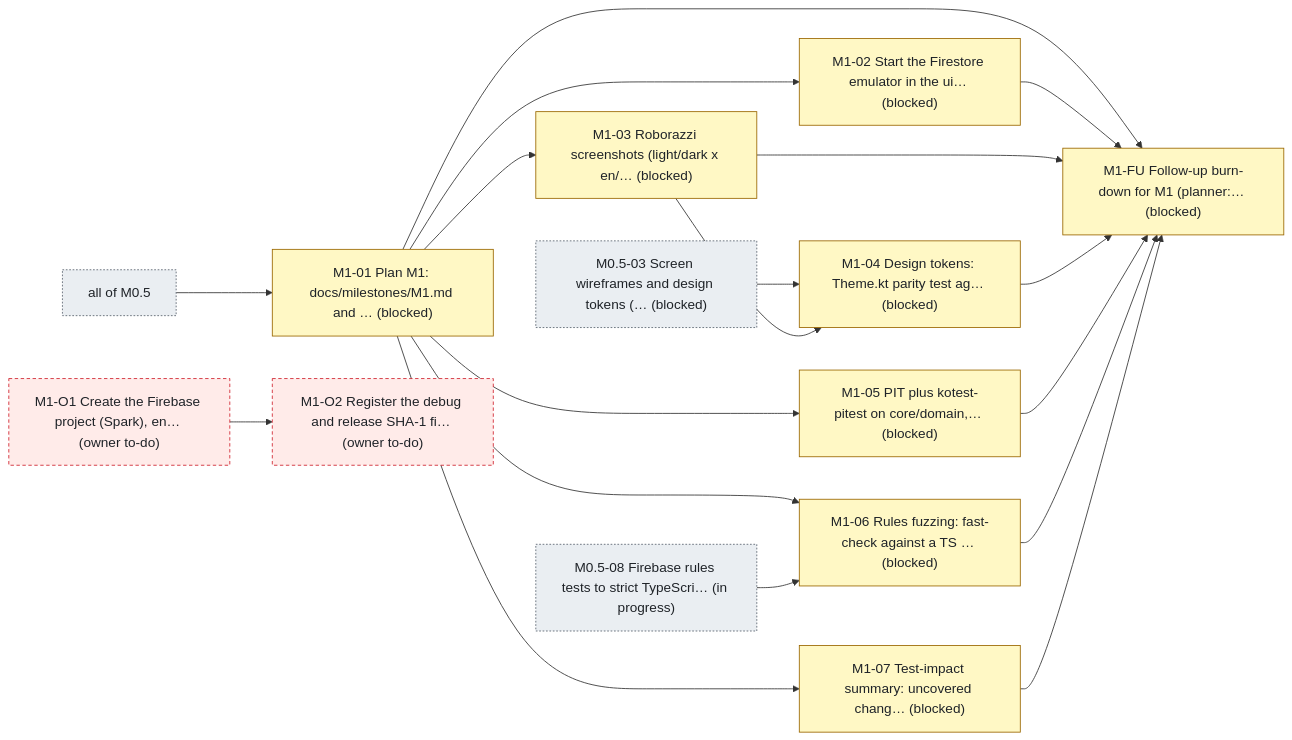
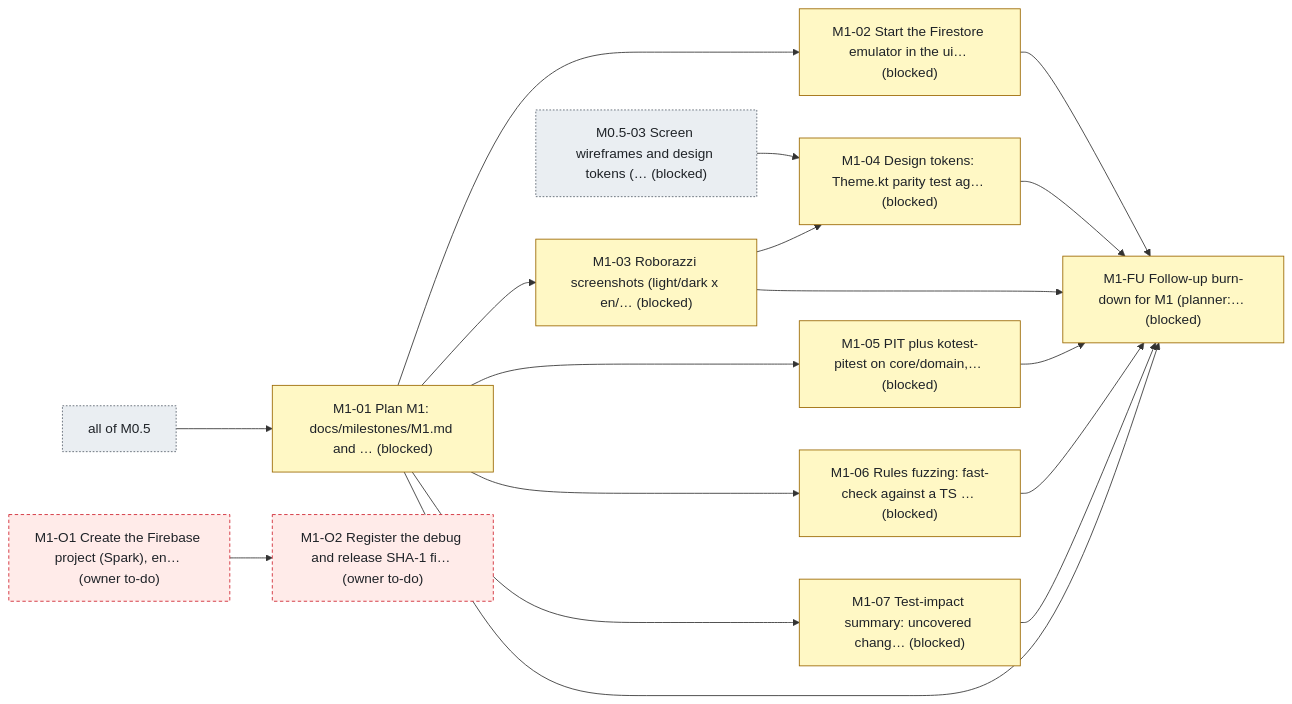
Before and after one commit to bondo/listicles2: the second of 2 diagrams in status.md, drawn with Mermaid. The commit also changed other lines of this file and 2 other files, not shown here.

````diff
--- a/status.md
+++ b/status.md
@@ -163,38 +161,36 @@
 ```mermaid
 flowchart LR
     n0["M1-01 Plan M1: docs/milestones/M1.md and … (blocked)"]:::blocked
     n1["M1-02 Start the Firestore emulator in the ui… (blocked)"]:::blocked
     n2["M1-03 Roborazzi screenshots (light/dark x en/… (blocked)"]:::blocked
     n3["M1-04 Design tokens: Theme.kt parity test ag… (blocked)"]:::blocked
     n4["M1-05 PIT plus kotest-pitest on core/domain,… (blocked)"]:::blocked
     n5["M1-06 Rules fuzzing: fast-check against a TS … (blocked)"]:::blocked
     n6["M1-07 Test-impact summary: uncovered chang… (blocked)"]:::blocked
     n7["M1-FU Follow-up burn-down for M1 (planner:… (blocked)"]:::blocked
     n8["M1-O1 Create the Firebase project (Spark), en… (owner to-do)"]:::owner
     n9["M1-O2 Register the debug and release SHA-1 fi… (owner to-do)"]:::owner
     n10["all of M0.5"]:::ext
     n11["M0.5-03 Screen wireframes and design tokens (… (blocked)"]:::ext
-    n12["M0.5-08 Firebase rules tests to strict TypeScri… (in progress)"]:::ext
     n10 --> n0
     n0 --> n1
     n0 --> n2
     n11 --> n3
     n2 --> n3
     n0 --> n4
     n0 --> n5
-    n12 --> n5
     n0 --> n6
     n0 --> n7
     n1 --> n7
     n2 --> n7
     n3 --> n7
     n4 --> n7
     n5 --> n7
     n6 --> n7
     n8 --> n9
     classDef ready fill:#dafbe1,stroke:#1a7f37,color:#1f2328
     classDef progress fill:#ddf4ff,stroke:#0969da,color:#1f2328
     classDef blocked fill:#fff8c5,stroke:#9a6700,color:#1f2328
     classDef owner fill:#ffebe9,stroke:#cf222e,color:#1f2328,stroke-dasharray:4 3
     classDef ext fill:#eaeef2,stroke:#59636e,color:#1f2328,stroke-dasharray:2 2
 ```
````
